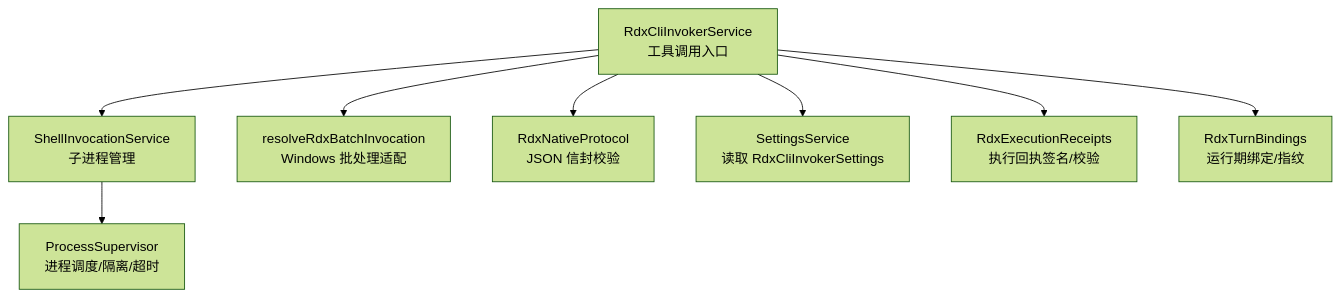
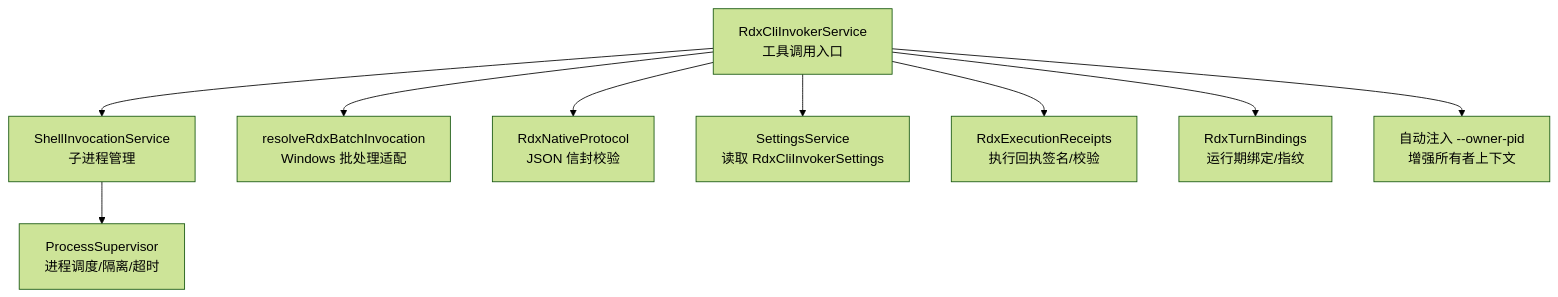
One commit to haolange/RDC-Agent changed the first of 6 diagrams in .qoder/repowiki/zh/content/核心模块/工具系统/RDX CLI 调用器.md. Above: the diagram before and after it, drawn with Mermaid (forest theme). The commit also changed other lines of this file and 28 other files, not shown here.

````diff
--- a/.qoder/repowiki/zh/content/核心模块/工具系统/RDX CLI 调用器.md
+++ b/.qoder/repowiki/zh/content/核心模块/工具系统/RDX CLI 调用器.md
@@ -40,10 +50,11 @@
 ```mermaid
 graph TB
 A["RdxCliInvokerService<br/>工具调用入口"] --> B["ShellInvocationService<br/>子进程管理"]
 A --> C["resolveRdxBatchInvocation<br/>Windows 批处理适配"]
 A --> D["RdxNativeProtocol<br/>JSON 信封校验"]
 A --> E["SettingsService<br/>读取 RdxCliInvokerSettings"]
 B --> F["ProcessSupervisor<br/>进程调度/隔离/超时"]
 A --> G["RdxExecutionReceipts<br/>执行回执签名/校验"]
 A --> H["RdxTurnBindings<br/>运行期绑定/指纹"]
+A --> I["自动注入 --owner-pid<br/>增强所有者上下文"]
 ```
````
